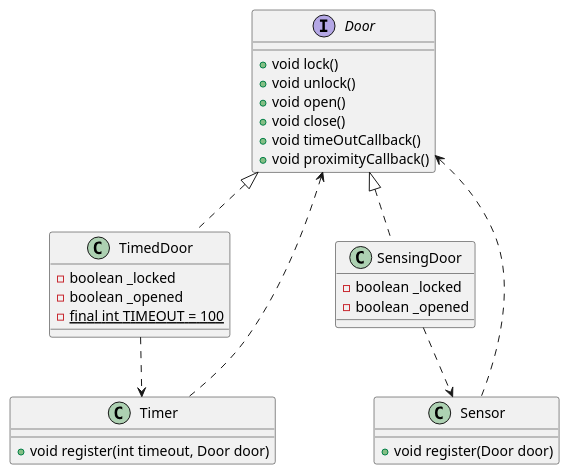
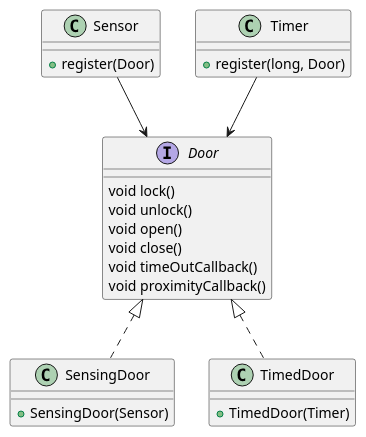
Before and after one commit to azizmass/SOLID: the diagram in ISP/src/com/directi/training/isp/uml.puml, drawn with PlantUML. The commit also changed 36 other files, not shown here.

```diff
--- a/ISP/src/com/directi/training/isp/uml.puml
+++ b/ISP/src/com/directi/training/isp/uml.puml
@@ -1,41 +1,31 @@
 @startuml
-
 interface Door {
-    +void lock()
-    +void unlock()
-    +void open()
-    +void close()
-    +void timeOutCallback()
-    +void proximityCallback()
+    void lock()
+    void unlock()
+    void open()
+    void close()
+    void timeOutCallback()
+    void proximityCallback()
 }
 
-class TimedDoor implements Door {
-    -boolean _locked
-    -boolean _opened
-    -{static} final int TIMEOUT = 100
+class SensingDoor {
+    +SensingDoor(Sensor)
 }
 
-class SensingDoor implements Door {
-    -boolean _locked
-    -boolean _opened
+class TimedDoor {
+    +TimedDoor(Timer)
+}
+
+class Sensor {
+    +register(Door)
 }
 
 class Timer {
-    +void register(int timeout, Door door)
+    +register(long, Door)
 }
 
-class Sensor {
-    +void register(Door door)
-}
-
-
-Door <.. Sensor
-Door <.. Timer
-
-TimedDoor ..> Timer
-SensingDoor ..> Sensor
-
-
-
-
+SensingDoor .up.|> Door
+TimedDoor .up.|> Door
+Sensor --> Door
+Timer --> Door
 @enduml
```
